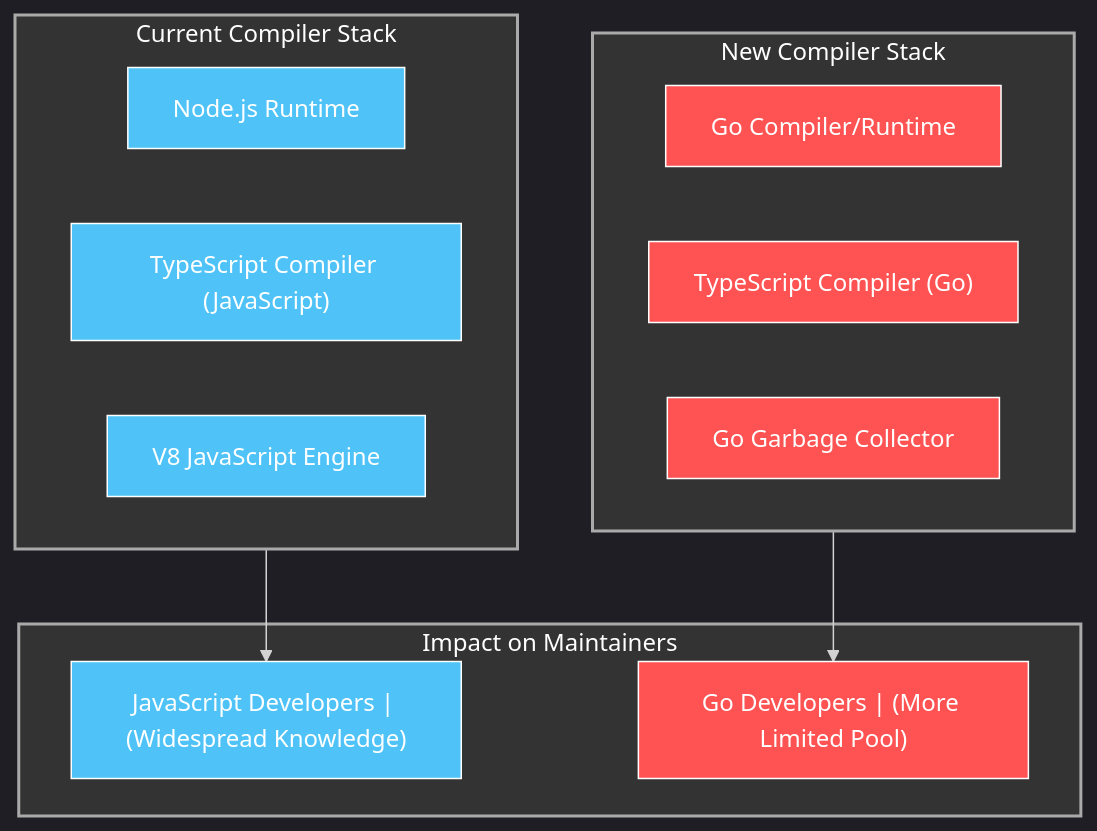
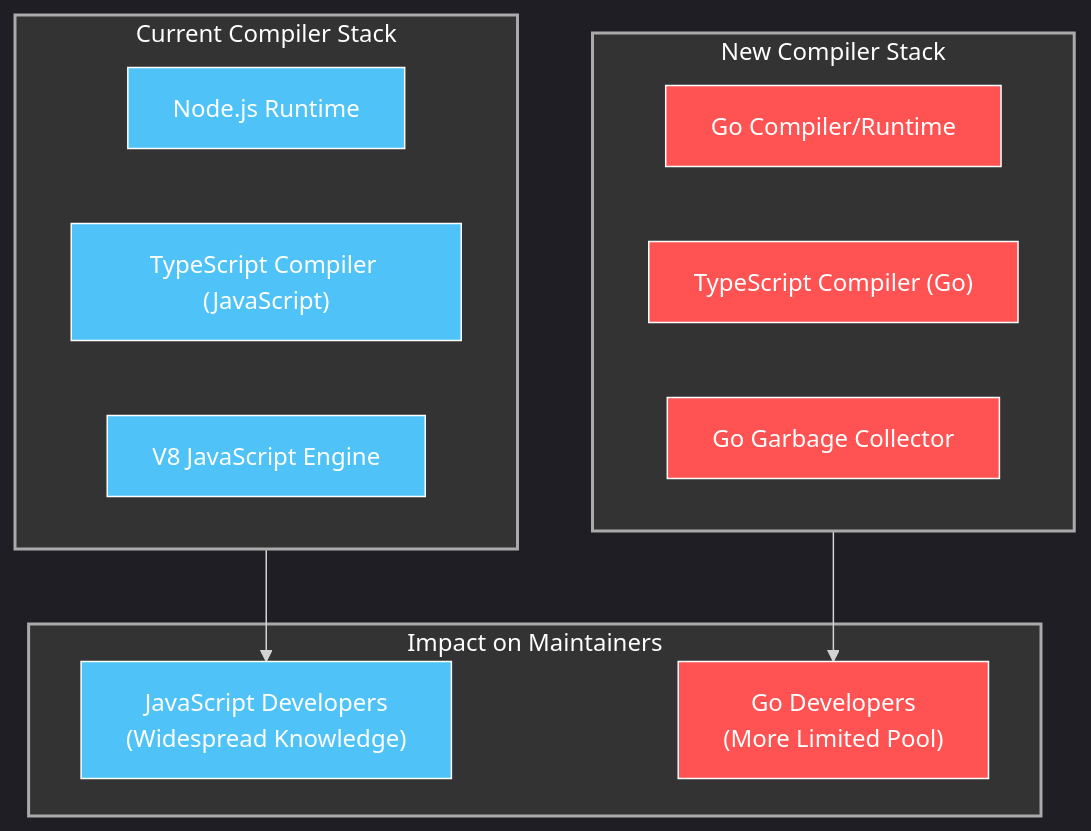
Before and after one commit to houstonhaynes/AD4SDocs: the second of 3 diagrams in 03 TypeScripts Evolution.md, drawn with Mermaid. The commit also changed other lines of this file and 5 other files, not shown here.

Commit message:
fix mermaid part two

````diff
--- a/03 TypeScripts Evolution.md
+++ b/03 TypeScripts Evolution.md
@@ -89,35 +89,35 @@
 ```mermaid
 %%{init: {'theme': 'dark', 'themeVariables': { 'primaryColor': '#242424', 'primaryTextColor': '#fff', 'primaryBorderColor': '#888', 'lineColor': '#d3d3d3', 'secondaryColor': '#2b2b2b', 'tertiaryColor': '#333' }}}%%
 flowchart TD
     subgraph CurrentCompiler["Current Compiler Stack"]
         NodeJS["Node.js Runtime"]
         TSC_JS["TypeScript Compiler (JavaScript)"]
         V8["V8 JavaScript Engine"]
     end
     
     subgraph NewCompiler["New Compiler Stack"]
         Go["Go Compiler/Runtime"]
         TSC_Go["TypeScript Compiler (Go)"]
         GC["Go Garbage Collector"]
     end
     
     subgraph Maintainers["Impact on Maintainers"]
-        JSDevs["JavaScript Developers | (Widespread Knowledge)"]
-        GoDevs["Go Developers | (More Limited Pool)"]
+        JSDevs["JavaScript Developers<br>(Widespread Knowledge)"]
+        GoDevs["Go Developers<br>(More Limited Pool)"]
     end
     
     CurrentCompiler --> JSDevs
     NewCompiler --> GoDevs
     
     style CurrentCompiler fill:#333,stroke:#aaa,stroke-width:2px,color:#fff
     style NewCompiler fill:#333,stroke:#aaa,stroke-width:2px,color:#fff
     style Maintainers fill:#333,stroke:#aaa,stroke-width:2px,color:#fff
     style NodeJS fill:#4FC3F7,stroke:#fff,stroke-width:1px,color:#fff
     style TSC_JS fill:#4FC3F7,stroke:#fff,stroke-width:1px,color:#fff
     style V8 fill:#4FC3F7,stroke:#fff,stroke-width:1px,color:#fff
     style Go fill:#FF5252,stroke:#fff,stroke-width:1px,color:#fff
     style TSC_Go fill:#FF5252,stroke:#fff,stroke-width:1px,color:#fff
     style GC fill:#FF5252,stroke:#fff,stroke-width:1px,color:#fff
     style JSDevs fill:#4FC3F7,stroke:#fff,stroke-width:1px,color:#fff
     style GoDevs fill:#FF5252,stroke:#fff,stroke-width:1px,color:#fff
 ```
````
